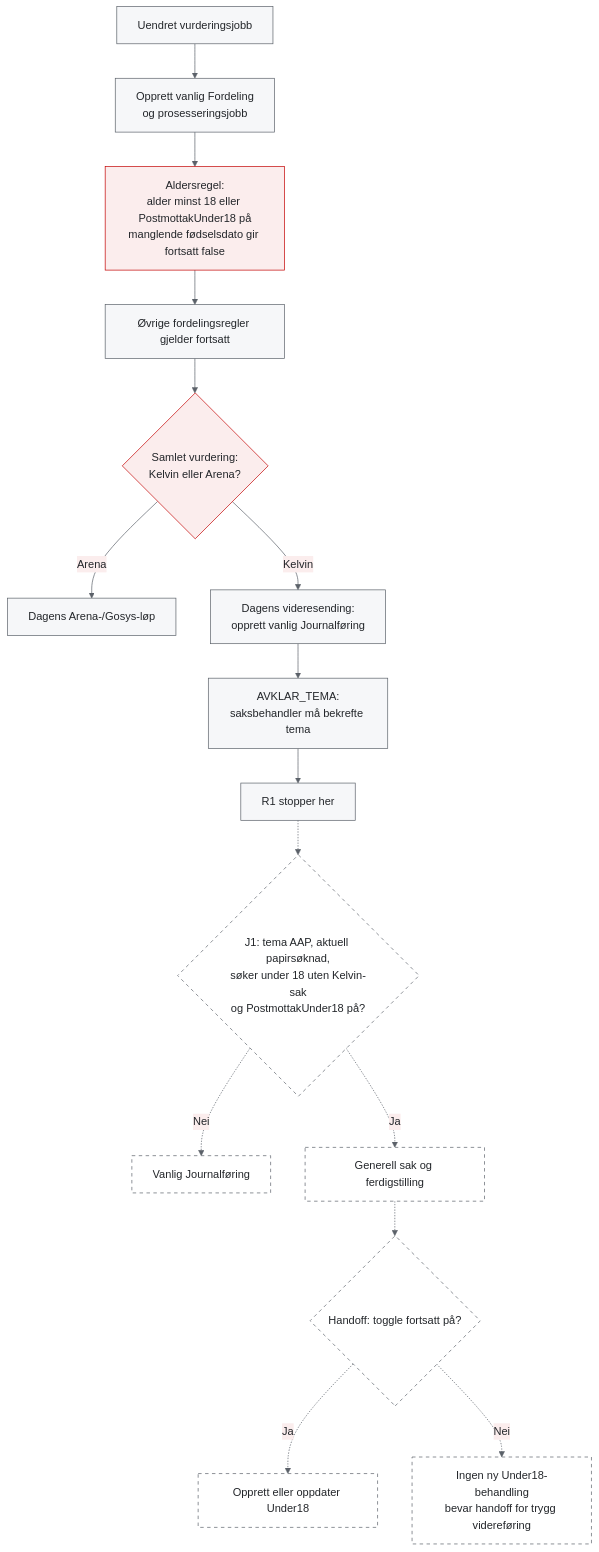
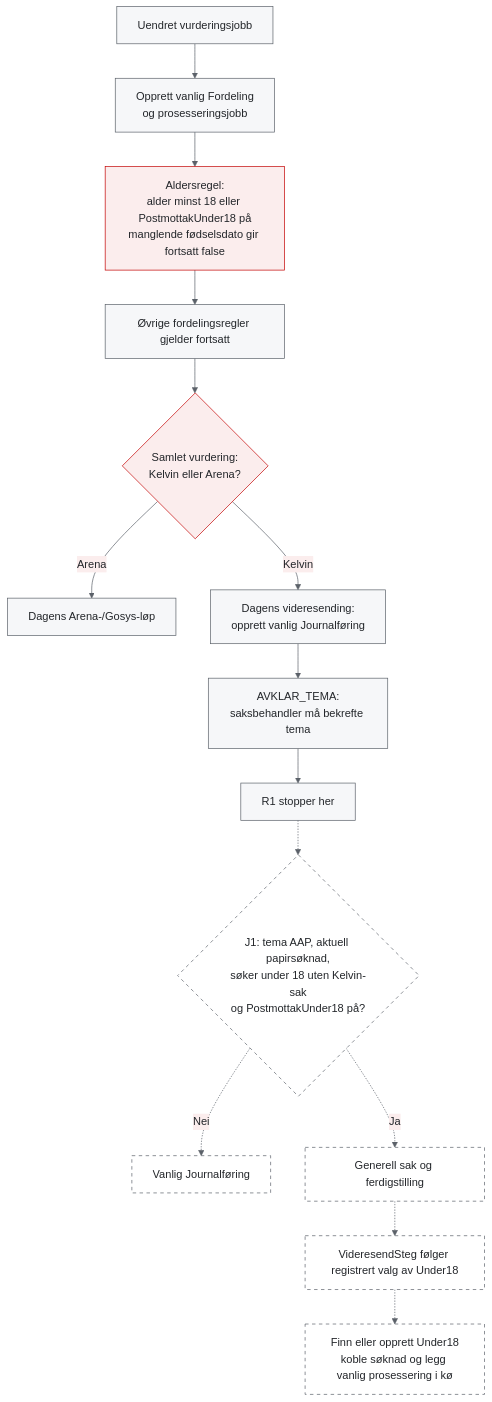
The sixth of 6 diagrams in under-18-flyt.md (navikt/aap-postmottak-backend), drawn with Mermaid before and after one commit. The commit also changed other lines of this file and 43 other files, not shown here.

````diff
--- a/under-18-flyt.md
+++ b/under-18-flyt.md
@@ -560,23 +555,22 @@
 ```mermaid
 %%{init: {"theme":"base","themeVariables":{"primaryColor":"#F6F7F9","primaryTextColor":"#23262A","primaryBorderColor":"#5B6169","lineColor":"#5B6169","secondaryColor":"#FBEDED","tertiaryColor":"#F6F7F9","background":"#FFFFFF"}}}%%
 flowchart TD
     vurder["Uendret vurderingsjobb"] --> fordeling["Opprett vanlig Fordeling<br/>og prosesseringsjobb"]
     fordeling --> alder["Aldersregel:<br/>alder minst 18 eller PostmottakUnder18 på<br/>manglende fødselsdato gir fortsatt false"]
     alder --> regler["Øvrige fordelingsregler gjelder fortsatt"]
     regler --> system{"Samlet vurdering:<br/>Kelvin eller Arena?"}
     system -->|"Arena"| arena["Dagens Arena-/Gosys-løp"]
     system -->|"Kelvin"| journalføring["Dagens videresending:<br/>opprett vanlig Journalføring"]
     journalføring --> tema["AVKLAR_TEMA:<br/>saksbehandler må bekrefte tema"]
     tema --> stopp["R1 stopper her"]
     stopp -.-> j1{"J1: tema AAP, aktuell papirsøknad,<br/>søker under 18 uten Kelvin-sak<br/>og PostmottakUnder18 på?"}
     j1 -.->|"Nei"| vanlig["Vanlig Journalføring"]
     j1 -.->|"Ja"| generell["Generell sak og ferdigstilling"]
-    generell -.-> handoff{"Handoff: toggle fortsatt på?"}
-    handoff -.->|"Ja"| under18["Opprett eller oppdater Under18"]
-    handoff -.->|"Nei"| behold["Ingen ny Under18-behandling<br/>bevar handoff for trygg videreføring"]
+    generell -.-> videresend["VideresendSteg følger registrert valg av Under18"]
+    videresend -.-> under18["Finn eller opprett Under18<br/>koble søknad og legg vanlig prosessering i kø"]
     classDef default fill:#F6F7F9,stroke:#5B6169,color:#23262A
     classDef valg fill:#FBEDED,stroke:#C30000,color:#23262A
     classDef senere fill:#FFFFFF,stroke:#5B6169,stroke-dasharray:5 5,color:#23262A
     class alder,system valg
-    class j1,vanlig,generell,handoff,under18,behold senere
+    class j1,vanlig,generell,videresend,under18 senere
 ```
````
